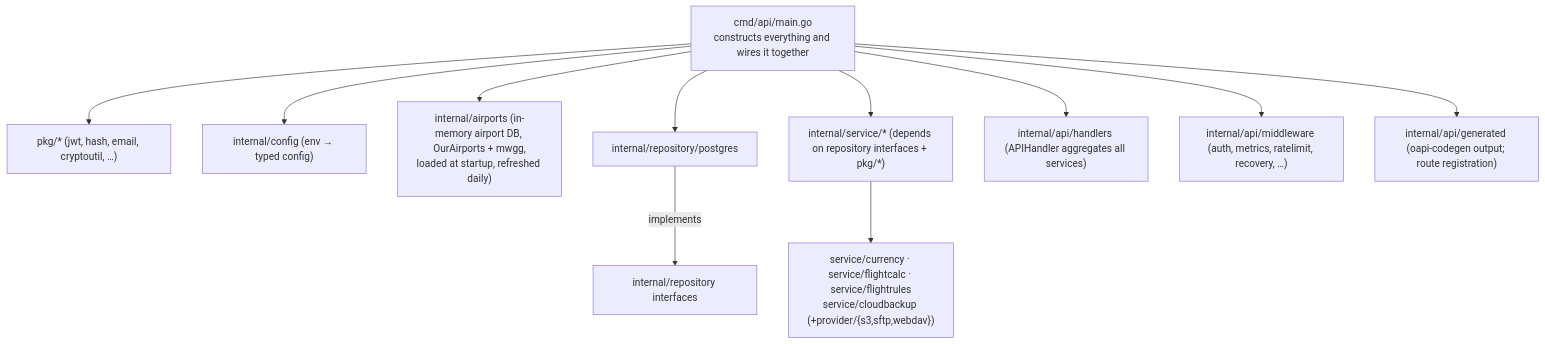
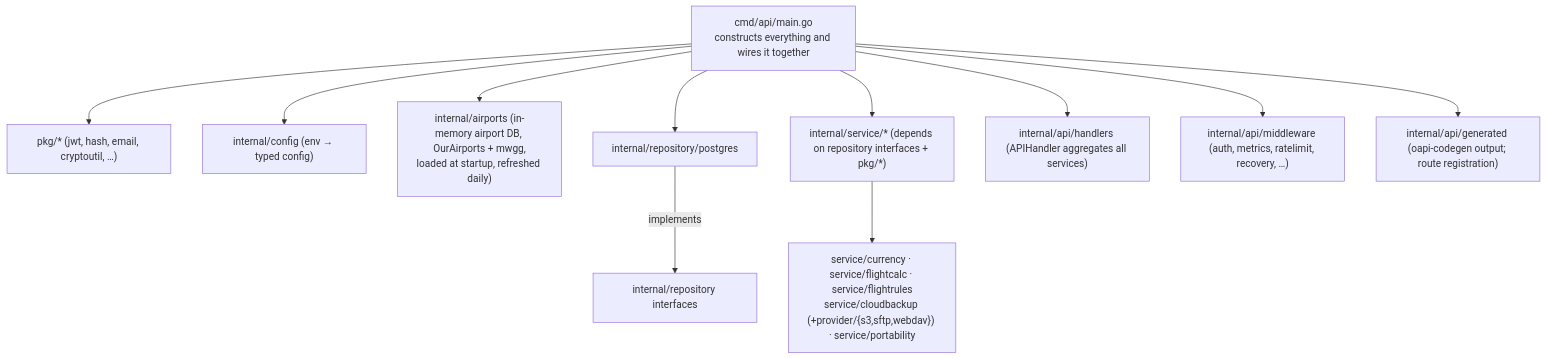
Before and after one commit to fjaeckel/ninerlog-api: the third of 3 diagrams in docs/ARCHITECTURE.md, drawn with Mermaid. The commit also changed other lines of this file and 35 other files, not shown here.

````diff
--- a/docs/ARCHITECTURE.md
+++ b/docs/ARCHITECTURE.md
@@ -63,15 +63,15 @@
 ```mermaid
 flowchart TD
     MAIN["cmd/api/main.go<br/>constructs everything and wires it together"]
     MAIN --> PKG["pkg/* (jwt, hash, email, cryptoutil, …)"]
     MAIN --> CFG["internal/config (env → typed config)"]
     MAIN --> AIR["internal/airports (in-memory airport DB, OurAirports + mwgg,<br/>loaded at startup, refreshed daily)"]
     MAIN --> PG["internal/repository/postgres"]
     MAIN --> SVC["internal/service/* (depends on repository interfaces + pkg/*)"]
     MAIN --> HND["internal/api/handlers (APIHandler aggregates all services)"]
     MAIN --> MW["internal/api/middleware (auth, metrics, ratelimit, recovery, …)"]
     MAIN --> GEN["internal/api/generated (oapi-codegen output; route registration)"]
 
     PG -->|implements| REPO["internal/repository interfaces"]
-    SVC --> SUB["service/currency · service/flightcalc · service/flightrules<br/>service/cloudbackup (+provider/{s3,sftp,webdav})"]
+    SVC --> SUB["service/currency · service/flightcalc · service/flightrules<br/>service/cloudbackup (+provider/{s3,sftp,webdav}) · service/portability"]
 ```
````
